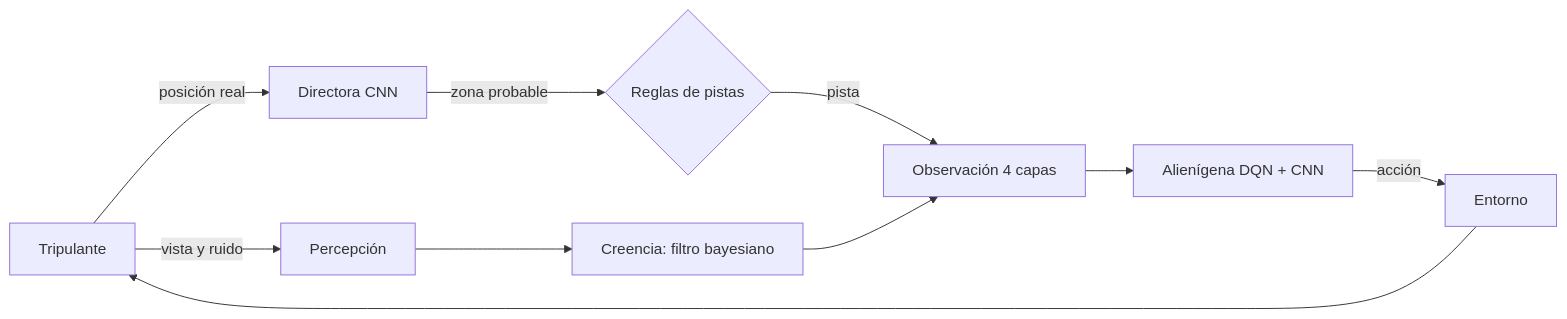
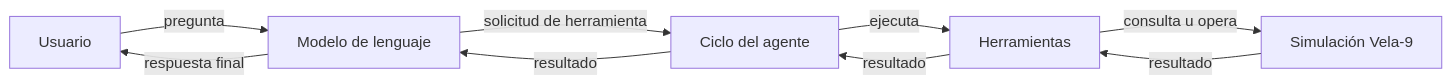
The first of 2 diagrams in docs/arquitectura.md (jalvarez01/Xenomorfo-Q), drawn with Mermaid before and after one commit. The commit also changed other lines of this file and 7 other files, not shown here.

Commit message:
agrega la propuesta y reorienta la documentacion al agente con herramientas

````diff
--- a/docs/arquitectura.md
+++ b/docs/arquitectura.md
@@ -38,12 +17,11 @@
 ```mermaid
 flowchart LR
-  T[Tripulante] -->|posición real| DIR[Directora CNN]
-  T -->|vista y ruido| PER[Percepción]
-  PER --> BEL[Creencia: filtro bayesiano]
-  DIR -->|zona probable| REG{Reglas de pistas}
-  REG -->|pista| OBS[Observación 4 capas]
-  BEL --> OBS
-  OBS --> DQN[Alienígena DQN + CNN]
-  DQN -->|acción| ENV[Entorno]
-  ENV --> T
+  U[Usuario] -->|pregunta| M[Modelo de lenguaje]
+  M -->|solicitud de herramienta| C[Ciclo del agente]
+  C -->|ejecuta| H[Herramientas]
+  H -->|consulta u opera| S[Simulación Vela-9]
+  S -->|resultado| H
+  H -->|resultado| C
+  C -->|resultado| M
+  M -->|respuesta final| U
 ```
````
